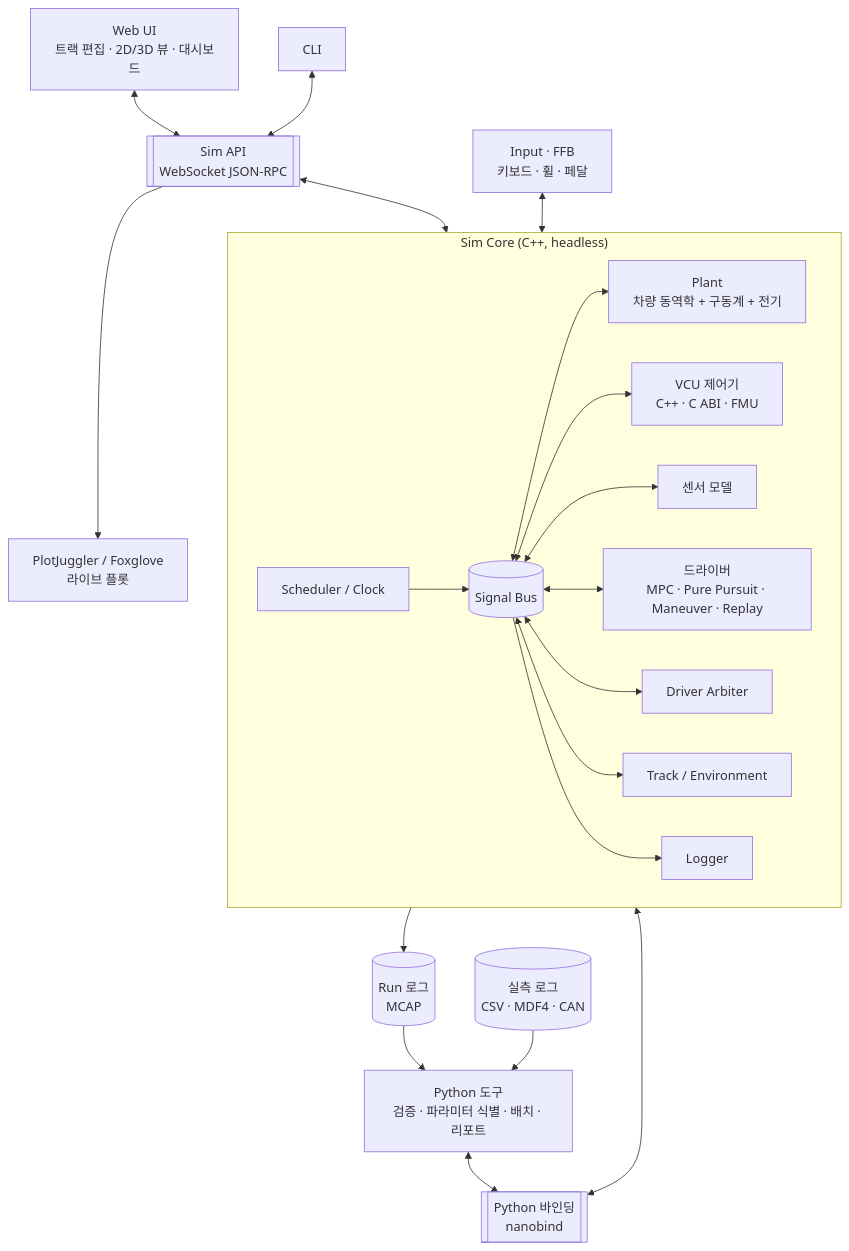
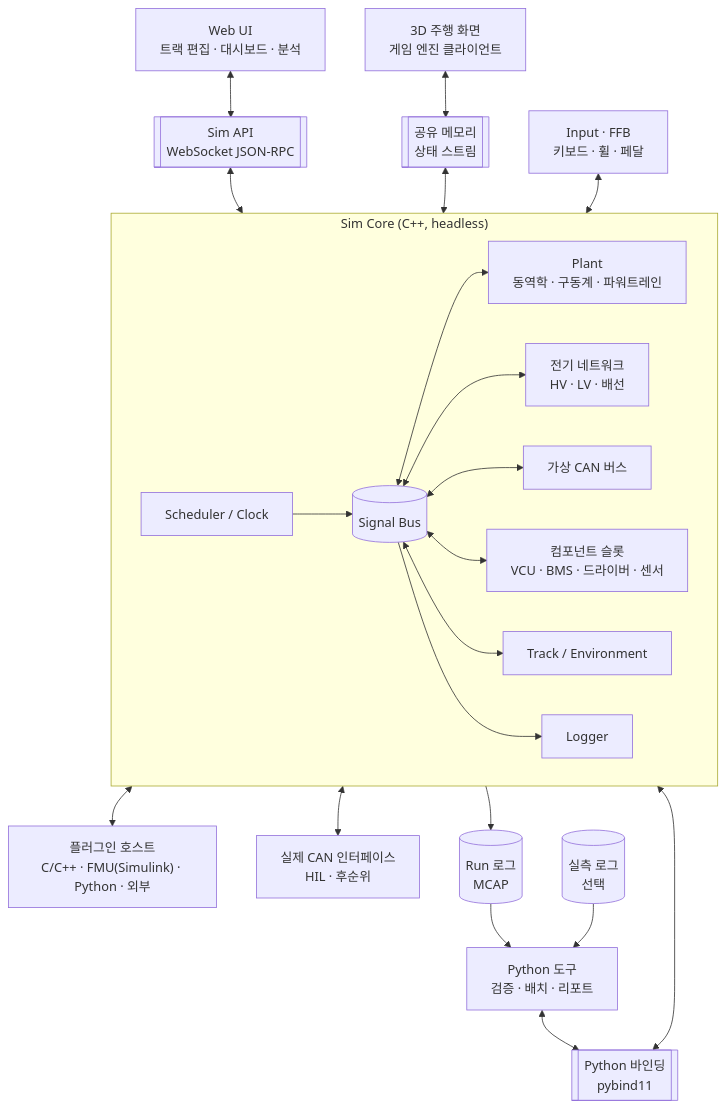
Before and after one commit to tkdgusqkr-g/vehicle_simulation: the first of 3 diagrams in docs/design.md, drawn with Mermaid. The commit also changed other lines of this file and 1 other file, not shown here.

First line of the commit message:
Revise design doc to v0.3: full-car scope, plugins, CAN and wiring

````diff
--- a/docs/design.md
+++ b/docs/design.md
@@ -183,24 +209,25 @@
 ```mermaid
 flowchart TB
-  UI["Web UI<br/>트랙 편집 · 2D/3D 뷰 · 대시보드"] <--> API[["Sim API<br/>WebSocket JSON-RPC"]]
-  CLI["CLI"] <--> API
-  PY["Python 도구<br/>검증 · 파라미터 식별 · 배치 · 리포트"] <--> BIND[["Python 바인딩<br/>nanobind"]]
-  API --> PLOT["PlotJuggler / Foxglove<br/>라이브 플롯"]
+  UI["Web UI<br/>트랙 편집 · 대시보드 · 분석"] <--> API[["Sim API<br/>WebSocket JSON-RPC"]]
+  VIEW["3D 주행 화면<br/>게임 엔진 클라이언트"] <--> SHM[["공유 메모리<br/>상태 스트림"]]
+  PY["Python 도구<br/>검증 · 배치 · 리포트"] <--> BIND[["Python 바인딩<br/>pybind11"]]
   subgraph CORE["Sim Core (C++, headless)"]
     direction LR
     SCH["Scheduler / Clock"] --> BUS[("Signal Bus")]
-    BUS <--> PLANT["Plant<br/>차량 동역학 + 구동계 + 전기"]
-    BUS <--> CTRL["VCU 제어기<br/>C++ · C ABI · FMU"]
-    BUS <--> SENS["센서 모델"]
-    BUS <--> DRV["드라이버<br/>MPC · Pure Pursuit · Maneuver · Replay"]
-    BUS <--> ARB["Driver Arbiter"]
+    BUS <--> PLANT["Plant<br/>동역학 · 구동계 · 파워트레인"]
+    BUS <--> ELEC["전기 네트워크<br/>HV · LV · 배선"]
+    BUS <--> CAN["가상 CAN 버스"]
+    BUS <--> SLOTS["컴포넌트 슬롯<br/>VCU · BMS · 드라이버 · 센서"]
     BUS <--> TRK["Track / Environment"]
     BUS --> LOG["Logger"]
   end
   API <--> SCH
+  SHM <--> BUS
   BIND <--> SCH
-  INPUT["Input · FFB<br/>키보드 · 휠 · 페달"] <--> ARB
+  SLOTS <--> HOST["플러그인 호스트<br/>C/C++ · FMU(Simulink) · Python · 외부"]
+  CAN <--> REALCAN["실제 CAN 인터페이스<br/>HIL · 후순위"]
+  INPUT["Input · FFB<br/>키보드 · 휠 · 페달"] <--> SLOTS
   LOG --> FILES[("Run 로그<br/>MCAP")]
   FILES --> PY
-  REAL[("실측 로그<br/>CSV · MDF4 · CAN")] --> PY
+  REAL[("실측 로그<br/>선택")] --> PY
 ```
````
